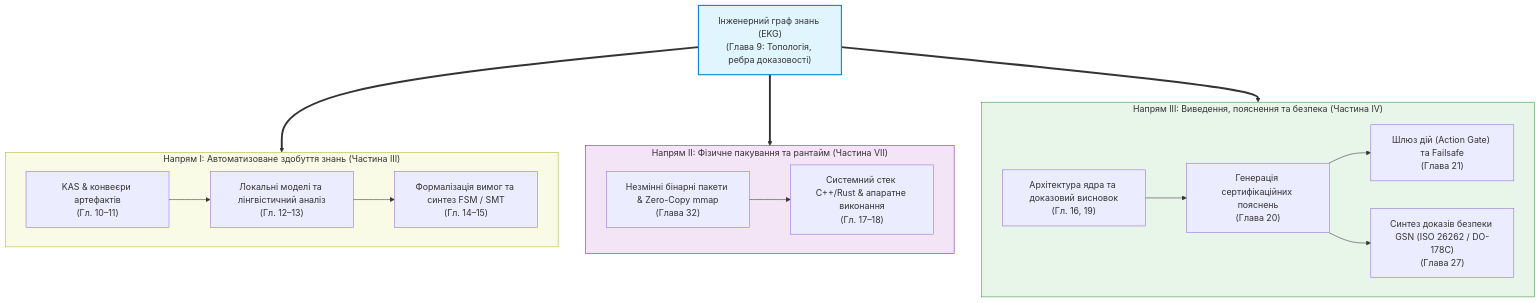
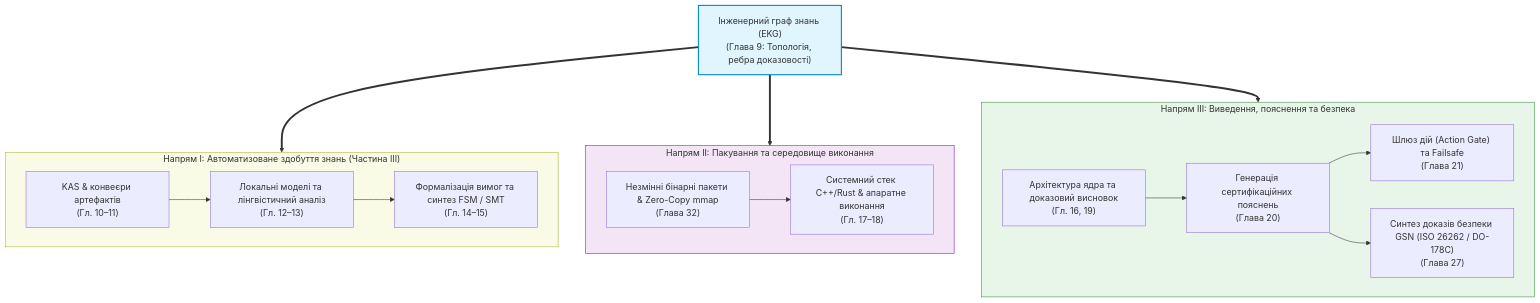
One commit to nick-fedchik/articles changed the eighth of 8 diagrams in ExpertSystem/ch09-engineering-knowledge-graph-traceability.md. Above: the diagram before and after it, drawn with Mermaid. The commit also changed other lines of this file and 7 other files, not shown here.

````diff
--- a/ExpertSystem/ch09-engineering-knowledge-graph-traceability.md
+++ b/ExpertSystem/ch09-engineering-knowledge-graph-traceability.md
@@ -1021,28 +1095,30 @@
 ```mermaid
 flowchart TD
+  accTitle: Подальше використання інженерного графа
+  accDescr: Побудований граф готує три напрями: здобуття даних, пакування для виконання та логічне виведення з поясненнями й аргументами безпеки.
     EKG["Інженерний граф знань (EKG)<br/>(Глава 9: Топологія, ребра доказовості)"]
 
     subgraph Track1 ["Напрям I: Автоматизоване здобуття знань (Частина III)"]
         KAS["KAS & конвеєри артефактів<br/>(Гл. 10–11)"] --> NLP["Локальні моделі та лінгвістичний аналіз<br/>(Гл. 12–13)"]
         NLP --> FORM["Формалізація вимог та синтез FSM / SMT<br/>(Гл. 14–15)"]
     end
 
-    subgraph Track2 ["Напрям II: Фізичне пакування та рантайм (Частина VII)"]
+    subgraph Track2 ["Напрям II: Пакування та середовище виконання"]
         PACK["Незмінні бінарні пакети & Zero-Copy mmap<br/>(Глава 32)"] --> HW["Системний стек C++/Rust & апаратне виконання<br/>(Гл. 17–18)"]
     end
 
-    subgraph Track3 ["Напрям III: Виведення, пояснення та безпека (Частина IV)"]
+    subgraph Track3 ["Напрям III: Виведення, пояснення та безпека"]
         INF["Архітектура ядра та доказовий висновок<br/>(Гл. 16, 19)"] --> EXPL["Генерація сертифікаційних пояснень<br/>(Глава 20)"]
         EXPL --> ACT["Шлюз дій (Action Gate) та Failsafe<br/>(Глава 21)"]
         EXPL --> GSN["Синтез доказів безпеки GSN (ISO 26262 / DO-178C)<br/>(Глава 27)"]
     end
 
     EKG ==> Track1
     EKG ==> Track2
     EKG ==> Track3
 
     style EKG fill:#e1f5fe,stroke:#0288d1,stroke-width:2px
     style Track1 fill:#f9fbe7,stroke:#afb42b,stroke-width:1px
     style Track2 fill:#f3e5f5,stroke:#7b1fa2,stroke-width:1px
     style Track3 fill:#e8f5e9,stroke:#388e3c,stroke-width:1px
 ```
````
